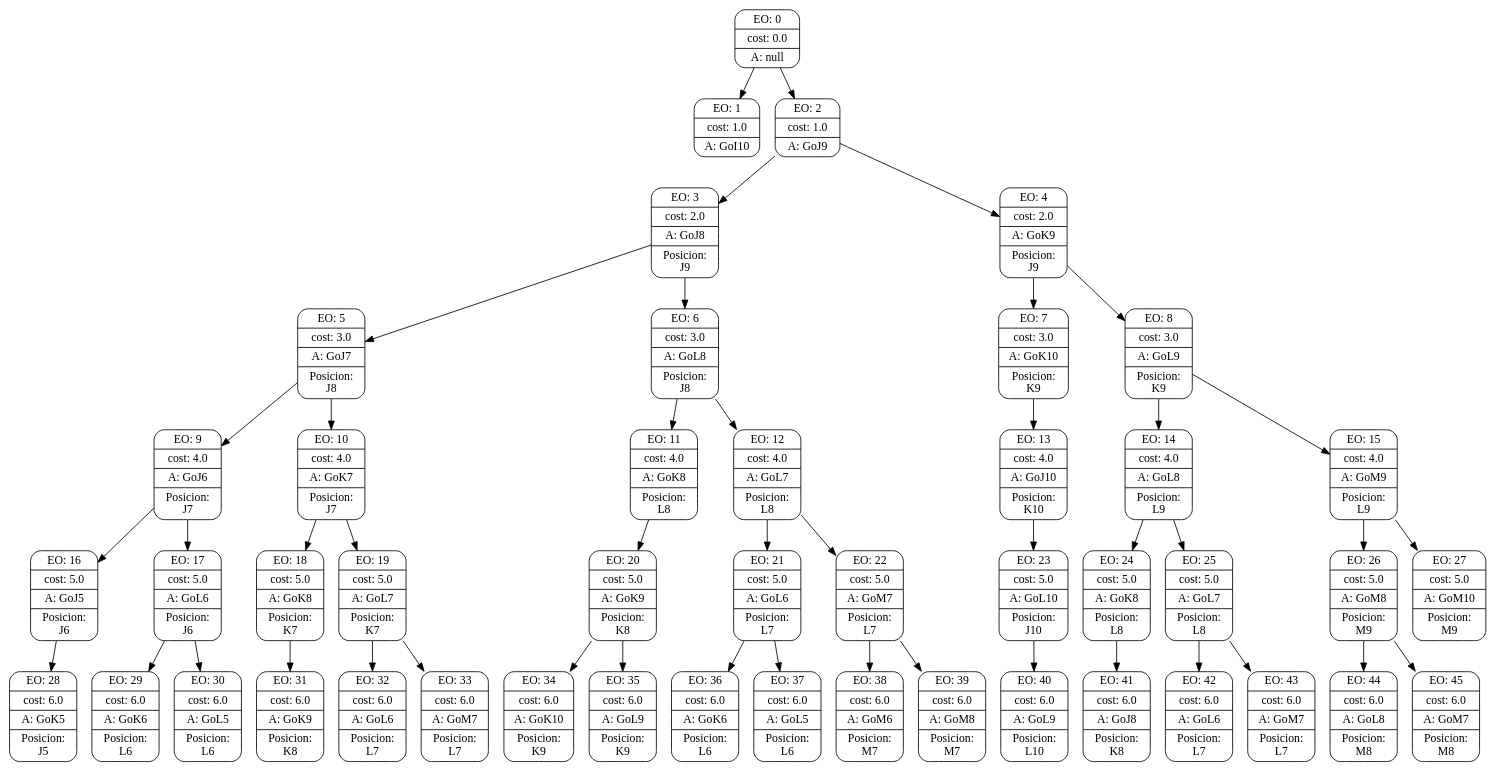
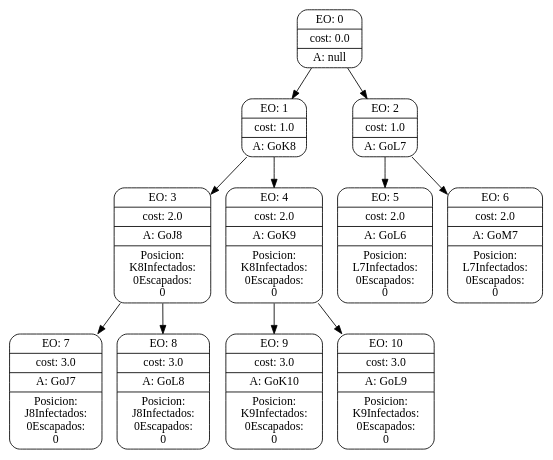
Before and after one commit to eliasbrizi/tp1IA: the diagram in inteligenciaArtificialTP1/searchGVTrees/4.dot, drawn with Graphviz. The commit also changed 463 other files, not shown here.

```diff
--- a/inteligenciaArtificialTP1/searchGVTrees/4.dot
+++ b/inteligenciaArtificialTP1/searchGVTrees/4.dot
@@ -1,141 +1,52 @@
 digraph g {
 node [shape = Mrecord];
 nodo0[label="{EO: 0|cost: 0.0|A: null}"]
-nodo1[label="{EO: 1|cost: 1.0|A: GoI10}"]
+nodo1[label="{EO: 1|cost: 1.0|A: GoK8}"]
+nodo3[label="{EO: 3|cost: 2.0|A: GoJ8|Posicion:\nK8
+Infectados:\n0
+Escapados:\n0}"]
+nodo7[label="{EO: 7|cost: 3.0|A: GoJ7|Posicion:\nJ8
+Infectados:\n0
+Escapados:\n0}"]
+
+nodo3 -> nodo7;
+nodo8[label="{EO: 8|cost: 3.0|A: GoL8|Posicion:\nJ8
+Infectados:\n0
+Escapados:\n0}"]
+
+nodo3 -> nodo8;
+
+nodo1 -> nodo3;
+nodo4[label="{EO: 4|cost: 2.0|A: GoK9|Posicion:\nK8
+Infectados:\n0
+Escapados:\n0}"]
+nodo9[label="{EO: 9|cost: 3.0|A: GoK10|Posicion:\nK9
+Infectados:\n0
+Escapados:\n0}"]
+
+nodo4 -> nodo9;
+nodo10[label="{EO: 10|cost: 3.0|A: GoL9|Posicion:\nK9
+Infectados:\n0
+Escapados:\n0}"]
+
+nodo4 -> nodo10;
+
+nodo1 -> nodo4;
 
 nodo0 -> nodo1;
-nodo2[label="{EO: 2|cost: 1.0|A: GoJ9}"]
-nodo3[label="{EO: 3|cost: 2.0|A: GoJ8|Posicion:\nJ9}"]
-nodo5[label="{EO: 5|cost: 3.0|A: GoJ7|Posicion:\nJ8}"]
-nodo9[label="{EO: 9|cost: 4.0|A: GoJ6|Posicion:\nJ7}"]
-nodo16[label="{EO: 16|cost: 5.0|A: GoJ5|Posicion:\nJ6}"]
-nodo28[label="{EO: 28|cost: 6.0|A: GoK5|Posicion:\nJ5}"]
+nodo2[label="{EO: 2|cost: 1.0|A: GoL7}"]
+nodo5[label="{EO: 5|cost: 2.0|A: GoL6|Posicion:\nL7
+Infectados:\n0
+Escapados:\n0}"]
 
-nodo16 -> nodo28;
+nodo2 -> nodo5;
+nodo6[label="{EO: 6|cost: 2.0|A: GoM7|Posicion:\nL7
+Infectados:\n0
+Escapados:\n0}"]
 
-nodo9 -> nodo16;
-nodo17[label="{EO: 17|cost: 5.0|A: GoL6|Posicion:\nJ6}"]
-nodo29[label="{EO: 29|cost: 6.0|A: GoK6|Posicion:\nL6}"]
-
-nodo17 -> nodo29;
-nodo30[label="{EO: 30|cost: 6.0|A: GoL5|Posicion:\nL6}"]
-
-nodo17 -> nodo30;
-
-nodo9 -> nodo17;
-
-nodo5 -> nodo9;
-nodo10[label="{EO: 10|cost: 4.0|A: GoK7|Posicion:\nJ7}"]
-nodo18[label="{EO: 18|cost: 5.0|A: GoK8|Posicion:\nK7}"]
-nodo31[label="{EO: 31|cost: 6.0|A: GoK9|Posicion:\nK8}"]
-
-nodo18 -> nodo31;
-
-nodo10 -> nodo18;
-nodo19[label="{EO: 19|cost: 5.0|A: GoL7|Posicion:\nK7}"]
-nodo32[label="{EO: 32|cost: 6.0|A: GoL6|Posicion:\nL7}"]
-
-nodo19 -> nodo32;
-nodo33[label="{EO: 33|cost: 6.0|A: GoM7|Posicion:\nL7}"]
-
-nodo19 -> nodo33;
-
-nodo10 -> nodo19;
-
-nodo5 -> nodo10;
-
-nodo3 -> nodo5;
-nodo6[label="{EO: 6|cost: 3.0|A: GoL8|Posicion:\nJ8}"]
-nodo11[label="{EO: 11|cost: 4.0|A: GoK8|Posicion:\nL8}"]
-nodo20[label="{EO: 20|cost: 5.0|A: GoK9|Posicion:\nK8}"]
-nodo34[label="{EO: 34|cost: 6.0|A: GoK10|Posicion:\nK9}"]
-
-nodo20 -> nodo34;
-nodo35[label="{EO: 35|cost: 6.0|A: GoL9|Posicion:\nK9}"]
-
-nodo20 -> nodo35;
-
-nodo11 -> nodo20;
-
-nodo6 -> nodo11;
-nodo12[label="{EO: 12|cost: 4.0|A: GoL7|Posicion:\nL8}"]
-nodo21[label="{EO: 21|cost: 5.0|A: GoL6|Posicion:\nL7}"]
-nodo36[label="{EO: 36|cost: 6.0|A: GoK6|Posicion:\nL6}"]
-
-nodo21 -> nodo36;
-nodo37[label="{EO: 37|cost: 6.0|A: GoL5|Posicion:\nL6}"]
-
-nodo21 -> nodo37;
-
-nodo12 -> nodo21;
-nodo22[label="{EO: 22|cost: 5.0|A: GoM7|Posicion:\nL7}"]
-nodo38[label="{EO: 38|cost: 6.0|A: GoM6|Posicion:\nM7}"]
-
-nodo22 -> nodo38;
-nodo39[label="{EO: 39|cost: 6.0|A: GoM8|Posicion:\nM7}"]
-
-nodo22 -> nodo39;
-
-nodo12 -> nodo22;
-
-nodo6 -> nodo12;
-
-nodo3 -> nodo6;
-
-nodo2 -> nodo3;
-nodo4[label="{EO: 4|cost: 2.0|A: GoK9|Posicion:\nJ9}"]
-nodo7[label="{EO: 7|cost: 3.0|A: GoK10|Posicion:\nK9}"]
-nodo13[label="{EO: 13|cost: 4.0|A: GoJ10|Posicion:\nK10}"]
-nodo23[label="{EO: 23|cost: 5.0|A: GoL10|Posicion:\nJ10}"]
-nodo40[label="{EO: 40|cost: 6.0|A: GoL9|Posicion:\nL10}"]
-
-nodo23 -> nodo40;
-
-nodo13 -> nodo23;
-
-nodo7 -> nodo13;
-
-nodo4 -> nodo7;
-nodo8[label="{EO: 8|cost: 3.0|A: GoL9|Posicion:\nK9}"]
-nodo14[label="{EO: 14|cost: 4.0|A: GoL8|Posicion:\nL9}"]
-nodo24[label="{EO: 24|cost: 5.0|A: GoK8|Posicion:\nL8}"]
-nodo41[label="{EO: 41|cost: 6.0|A: GoJ8|Posicion:\nK8}"]
-
-nodo24 -> nodo41;
-
-nodo14 -> nodo24;
-nodo25[label="{EO: 25|cost: 5.0|A: GoL7|Posicion:\nL8}"]
-nodo42[label="{EO: 42|cost: 6.0|A: GoL6|Posicion:\nL7}"]
-
-nodo25 -> nodo42;
-nodo43[label="{EO: 43|cost: 6.0|A: GoM7|Posicion:\nL7}"]
-
-nodo25 -> nodo43;
-
-nodo14 -> nodo25;
-
-nodo8 -> nodo14;
-nodo15[label="{EO: 15|cost: 4.0|A: GoM9|Posicion:\nL9}"]
-nodo26[label="{EO: 26|cost: 5.0|A: GoM8|Posicion:\nM9}"]
-nodo44[label="{EO: 44|cost: 6.0|A: GoL8|Posicion:\nM8}"]
-
-nodo26 -> nodo44;
-nodo45[label="{EO: 45|cost: 6.0|A: GoM7|Posicion:\nM8}"]
-
-nodo26 -> nodo45;
-
-nodo15 -> nodo26;
-nodo27[label="{EO: 27|cost: 5.0|A: GoM10|Posicion:\nM9}"]
-
-nodo15 -> nodo27;
-
-nodo8 -> nodo15;
-
-nodo4 -> nodo8;
-
-nodo2 -> nodo4;
+nodo2 -> nodo6;
 
 nodo0 -> nodo2;
 
 
 }
```
